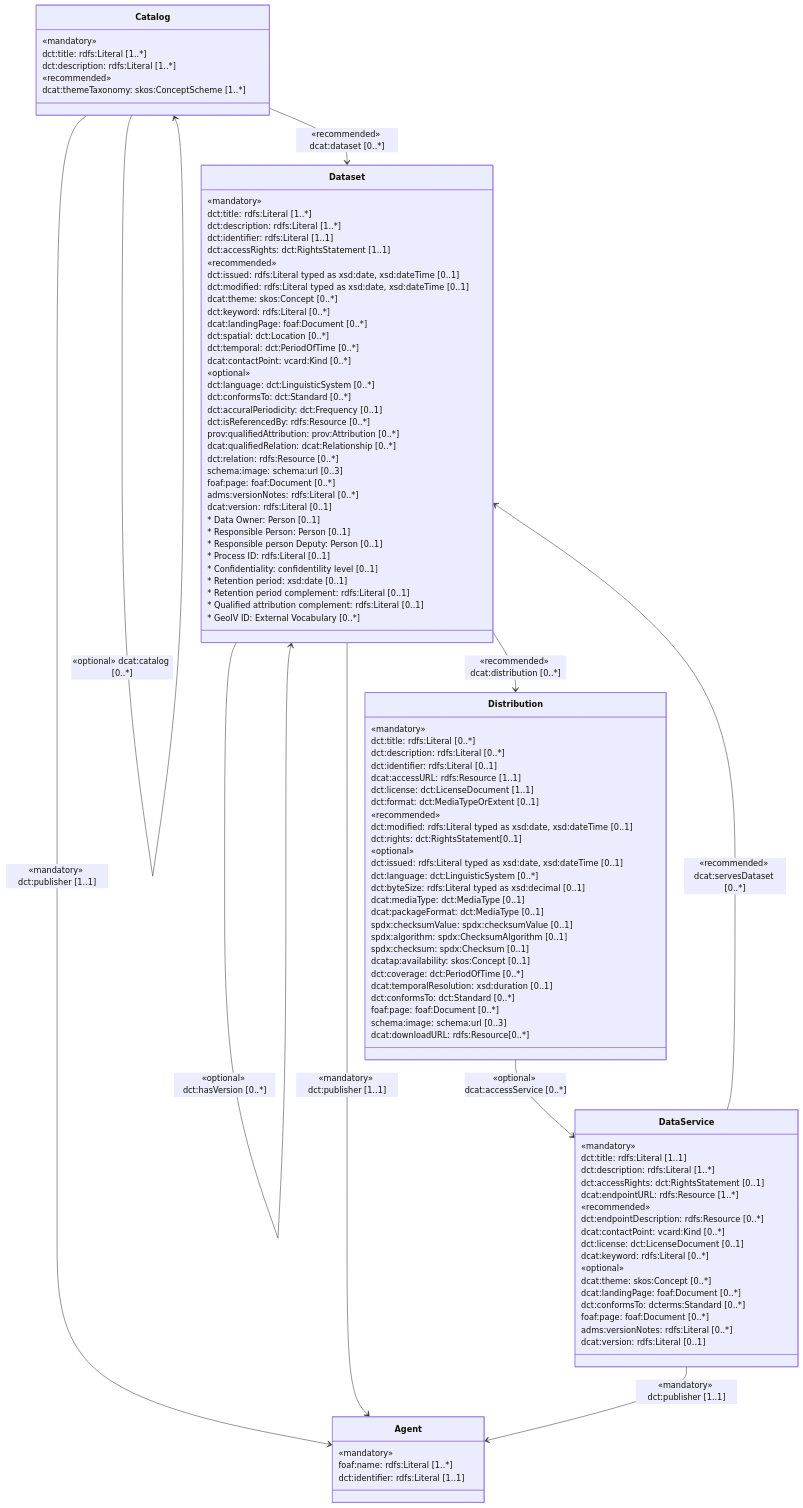
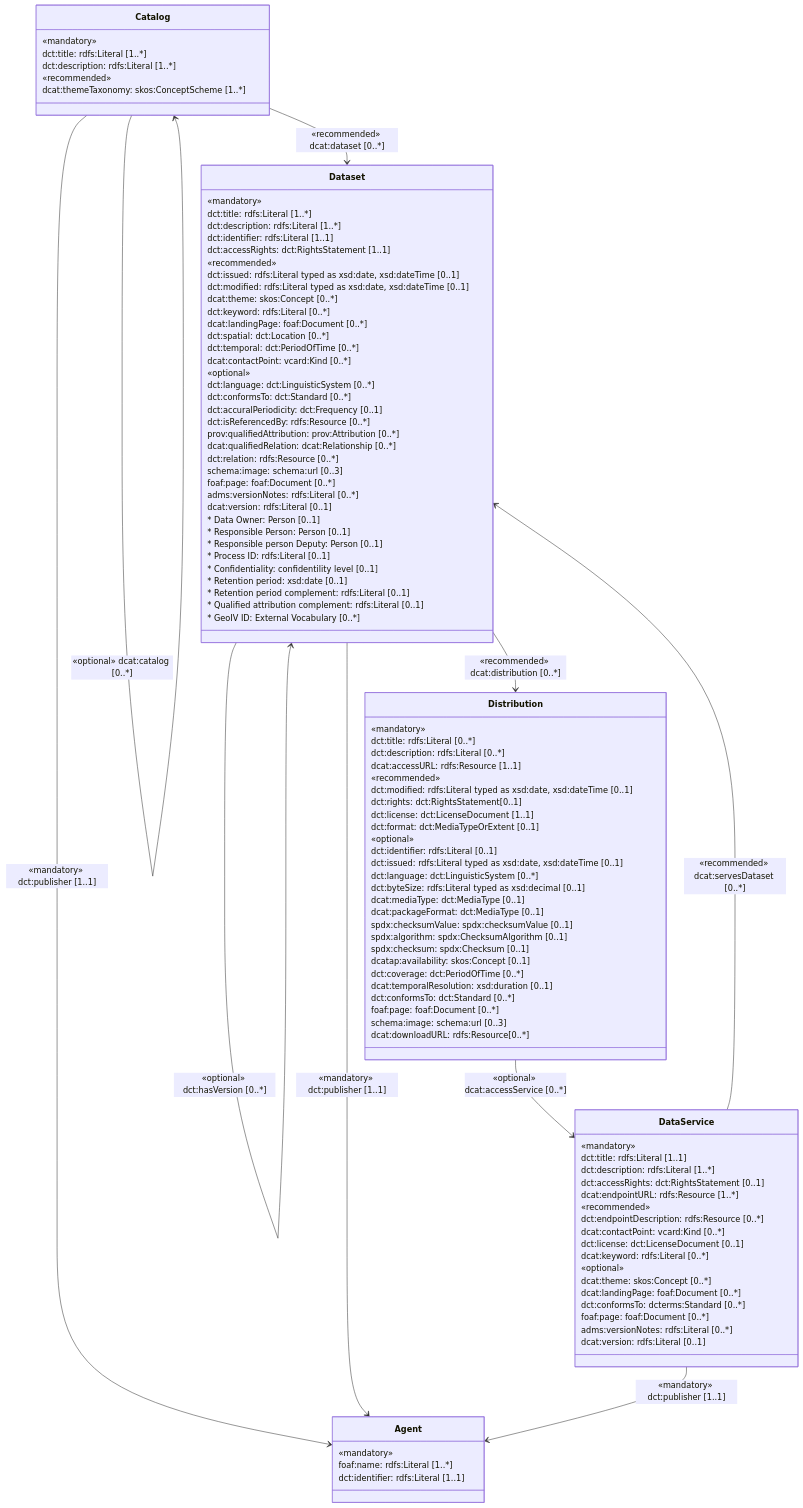
One commit to I14Y-ch/handbook changed the fifth of 5 diagrams in content/de/gouvernanz/informationsmodell.md. Above: the diagram before and after it, drawn with Mermaid.

```diff
--- a/content/de/gouvernanz/informationsmodell.md
+++ b/content/de/gouvernanz/informationsmodell.md
@@ -383,18 +383,18 @@
         «mandatory»
         dct:title: rdfs:Literal [0..*]
         dct:description: rdfs:Literal [0..*]
-        dct:identifier: rdfs:Literal [0..1]
         dcat:accessURL: rdfs:Resource [1..1]  
-        dct:license: dct:LicenseDocument [1..1]
-        dct:format: dct:MediaTypeOrExtent [0..1]
     
         «recommended»
         
         dct:modified: rdfs:Literal typed as xsd:date, xsd:dateTime [0..1]
         dct:rights: dct:RightsStatement[0..1]
+        dct:license: dct:LicenseDocument [1..1]
+        dct:format: dct:MediaTypeOrExtent [0..1]
         
         «optional»
-       
+
+        dct:identifier: rdfs:Literal [0..1]
         dct:issued: rdfs:Literal typed as xsd:date, xsd:dateTime [0..1]
         dct:language: dct:LinguisticSystem [0..*]
         dct:byteSize: rdfs:Literal typed as xsd:decimal [0..1]
```
